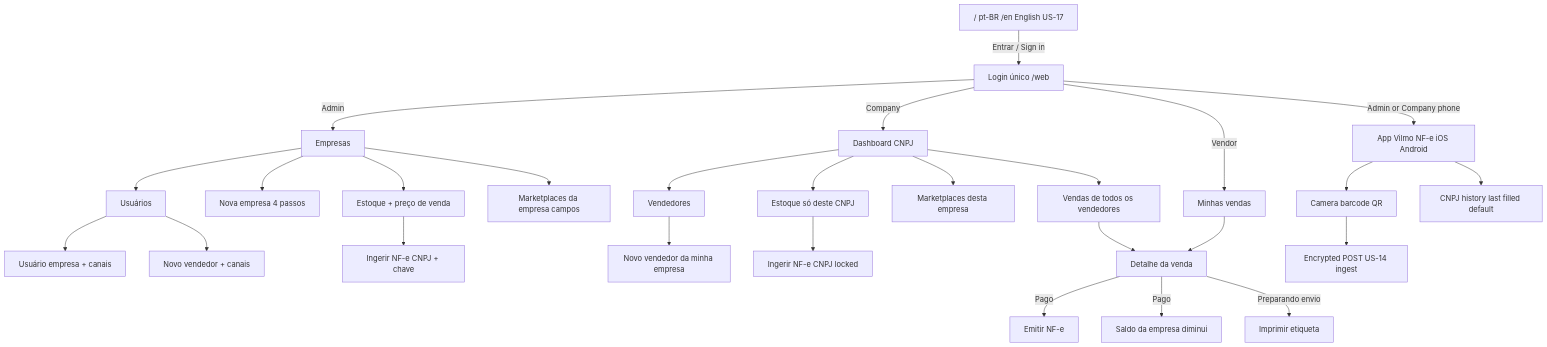
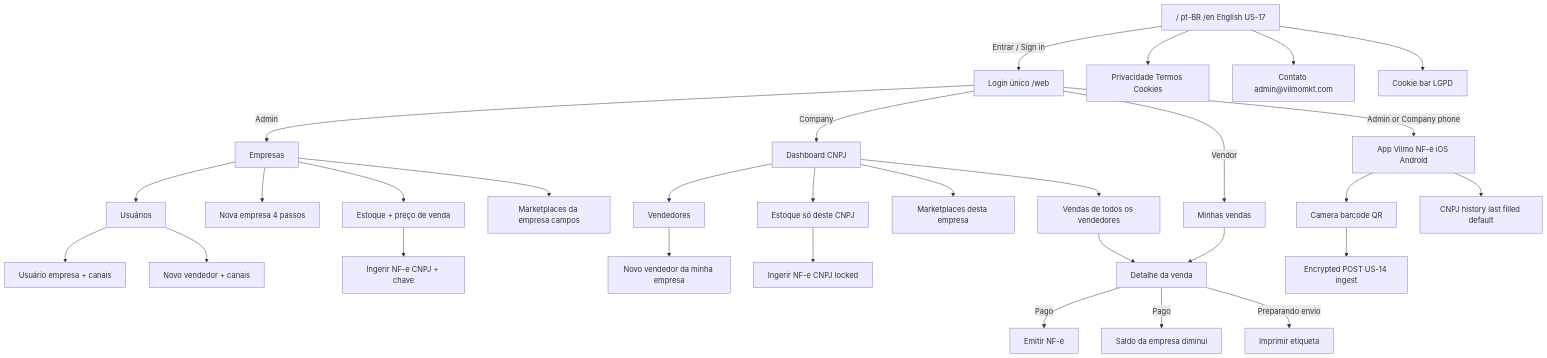
One commit to andrevilmo/VilmoMarketingEngine changed the first of 2 diagrams in MD/WIREFRAMES.md. Above: the diagram before and after it, drawn with Mermaid. The commit also changed other lines of this file and 5 other files, not shown here.

First line of the commit message:
Plan US-17 index wireframe, company CNPJ, cookies, and legal pages

````diff
--- a/MD/WIREFRAMES.md
+++ b/MD/WIREFRAMES.md
@@ -27,34 +27,37 @@
 ```mermaid
 flowchart TD
   home["/ pt-BR  /en English  US-17"]
   home -->|Entrar / Sign in| login[Login único /web]
+  home --> legal[Privacidade Termos Cookies]
+  home --> contato["Contato admin@vilmomkt.com"]
+  home --> cookiesBar[Cookie bar LGPD]
   login -->|Admin| empresas[Empresas]
   login -->|Company| dashEmp[Dashboard CNPJ]
   login -->|Vendor| minhasVendas[Minhas vendas]
   login -->|Admin or Company phone| appNfe[App Vilmo NF-e iOS Android]
 
   empresas --> wizard[Nova empresa 4 passos]
   empresas --> users[Usuários]
   users --> userEmp[Usuário empresa + canais]
   users --> vendorA[Novo vendedor + canais]
   empresas --> mktA[Marketplaces da empresa campos]
   empresas --> estoqueA[Estoque + preço de venda]
   estoqueA --> ingestA[Ingerir NF-e CNPJ + chave]
 
   dashEmp --> vendedores[Vendedores]
   vendedores --> vendorC[Novo vendedor da minha empresa]
   dashEmp --> mktC[Marketplaces desta empresa]
   dashEmp --> estoqueC[Estoque só deste CNPJ]
   estoqueC --> ingestC[Ingerir NF-e CNPJ locked]
   dashEmp --> vendasEmp[Vendas de todos os vendedores]
   vendasEmp --> detalhe[Detalhe da venda]
 
   appNfe --> scan[Camera barcode QR]
   appNfe --> cnpjHist[CNPJ history last filled default]
   scan --> encPost[Encrypted POST US-14 ingest]
 
   minhasVendas --> detalhe
   detalhe -->|Pago| nfe[Emitir NF-e]
   detalhe -->|Pago| stockDown[Saldo da empresa diminui]
   detalhe -->|Preparando envio| etiqueta[Imprimir etiqueta]
 ```
````
